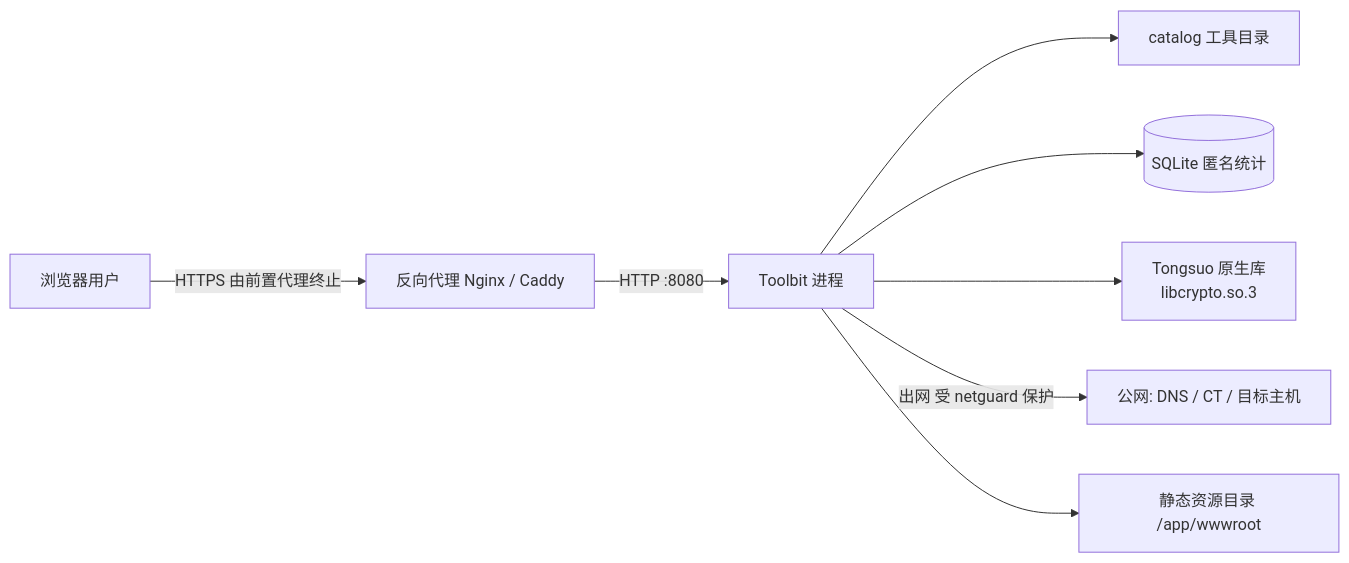
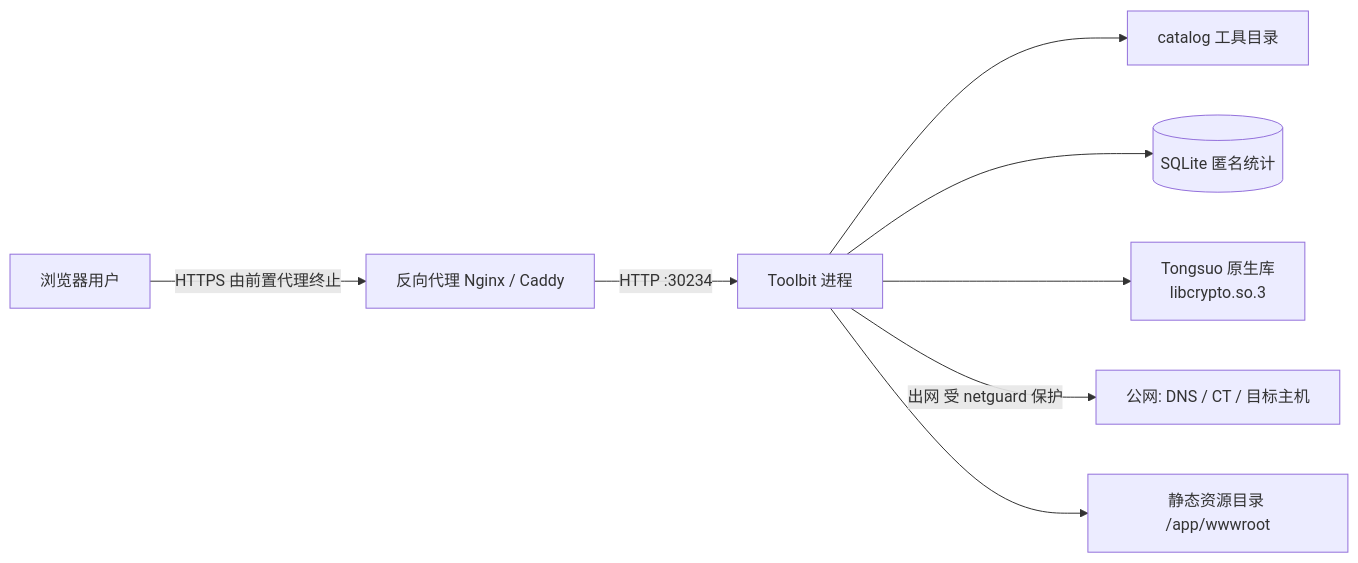
Before and after one commit to blue-cloud-net/Toolbit: the first of 6 diagrams in docs/architecture.md, drawn with Mermaid. The commit also changed other lines of this file and 8 other files, not shown here.

````diff
--- a/docs/architecture.md
+++ b/docs/architecture.md
@@ -33,10 +33,10 @@
 ```mermaid
 flowchart LR
   U[浏览器用户] -->|HTTPS 由前置代理终止| R[反向代理 Nginx / Caddy]
-  R -->|HTTP :8080| T[Toolbit 进程]
+  R -->|HTTP :30234| T[Toolbit 进程]
   T --> C[catalog 工具目录]
   T --> S[(SQLite 匿名统计)]
   T --> X[Tongsuo 原生库<br/>libcrypto.so.3]
   T -->|出网 受 netguard 保护| N[公网: DNS / CT / 目标主机]
   T --> W[静态资源目录 /app/wwwroot]
 ```
````
